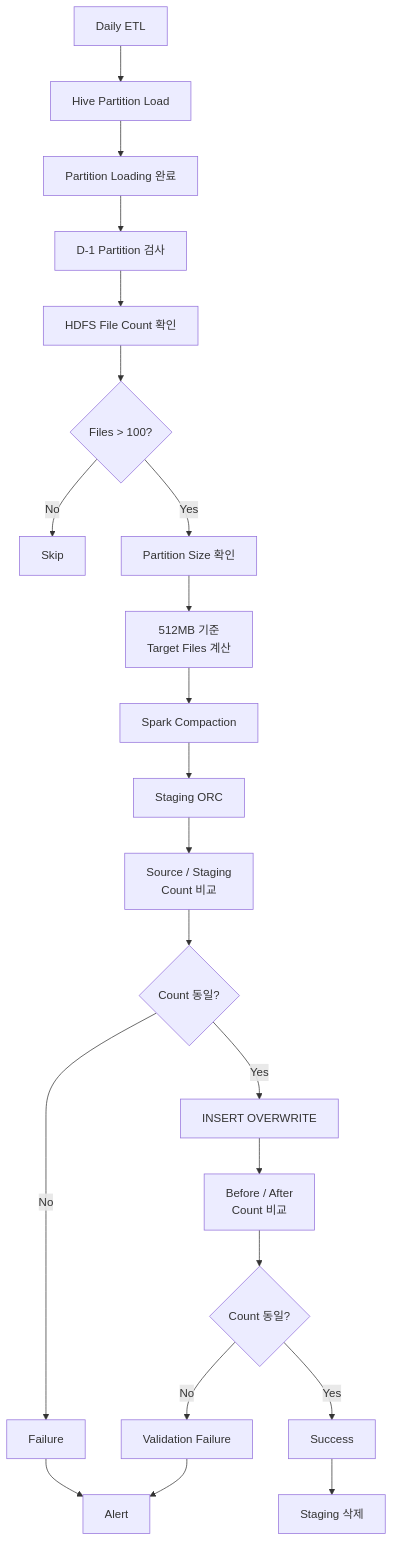
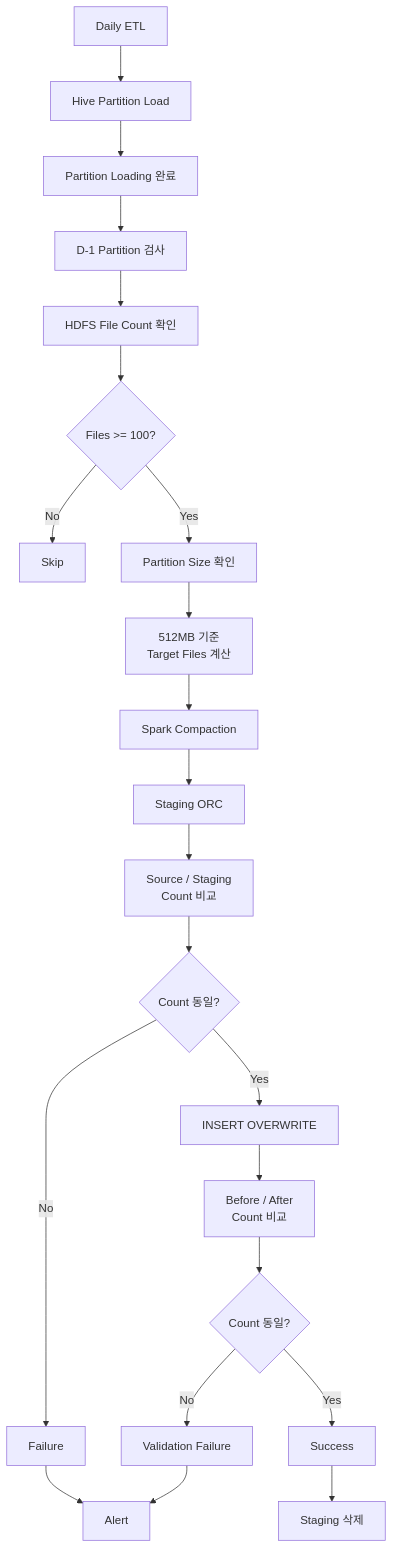
Diagram 12 of 13 in README.md (DataDynamics/hive-orc-table-compaction), drawn with Mermaid before and after one commit. The commit also changed other lines of this file, not shown here.

````diff
--- a/README.md
+++ b/README.md
@@ -1620,44 +1758,44 @@
 ```mermaid
 flowchart TD
 
     A["Daily ETL"] --> B["Hive Partition Load"]
 
     B --> C["Partition Loading 완료"]
 
     C --> D["D-1 Partition 검사"]
 
     D --> E["HDFS File Count 확인"]
 
-    E --> F{"Files > 100?"}
+    E --> F{"Files >= 100?"}
 
     F -->|"No"| G["Skip"]
 
     F -->|"Yes"| H["Partition Size 확인"]
 
     H --> I["512MB 기준<br/>Target Files 계산"]
 
     I --> J["Spark Compaction"]
 
     J --> K["Staging ORC"]
 
     K --> L["Source / Staging<br/>Count 비교"]
 
     L --> M{"Count 동일?"}
 
     M -->|"No"| N["Failure"]
 
     M -->|"Yes"| O["INSERT OVERWRITE"]
 
     O --> P["Before / After<br/>Count 비교"]
 
     P --> Q{"Count 동일?"}
 
     Q -->|"No"| R["Validation Failure"]
 
     Q -->|"Yes"| S["Success"]
 
     S --> T["Staging 삭제"]
 
     N --> U["Alert"]
     R --> U
 ```
````
